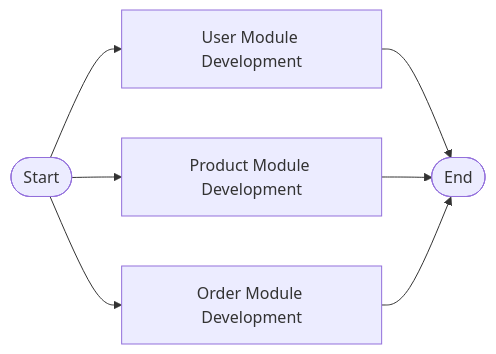
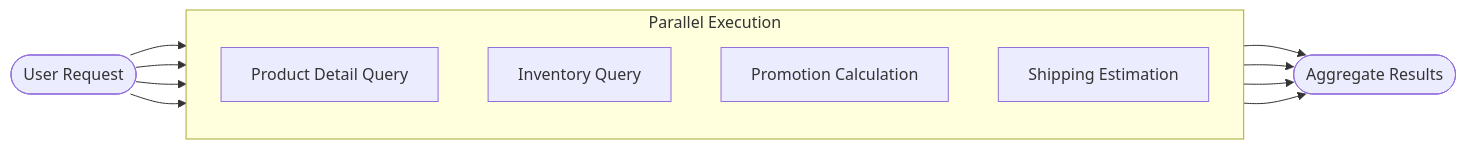
The second of 2 diagrams in docs/en/adavance-guide/pipeline.md (TBice123123/langchain-dev-utils), drawn with Mermaid before and after one commit. The commit also changed other lines of this file and 11 other files, not shown here.

````diff
--- a/docs/en/adavance-guide/pipeline.md
+++ b/docs/en/adavance-guide/pipeline.md
@@ -355,12 +305,24 @@
 ```mermaid
 graph LR
-    Start([Start])
-    User[User Module Development]
-    Product[Product Module Development]
-    Order[Order Module Development]
-    End([End])
+    Start([User Request])
+    
+    subgraph Parallel [Parallel Execution]
+        direction TB
+        Prod[Product Detail Query]
+        Inv[Inventory Query]
+        Prom[Promotion Calculation]
+        Ship[Shipping Estimation]
+    end
+    
+    End([Aggregate Results])
 
-    Start --> User --> End
-    Start --> Product --> End
-    Start --> Order --> End
+    Start --> Prod
+    Start --> Inv
+    Start --> Prom
+    Start --> Ship
+
+    Prod --> End
+    Inv --> End
+    Prom --> End
+    Ship --> End
 ```
````
